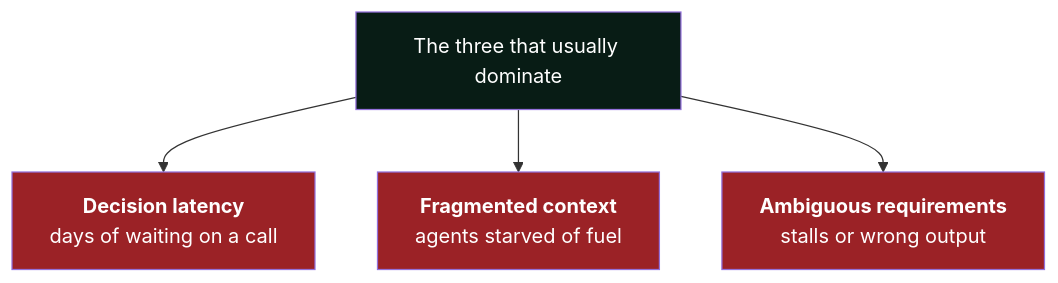
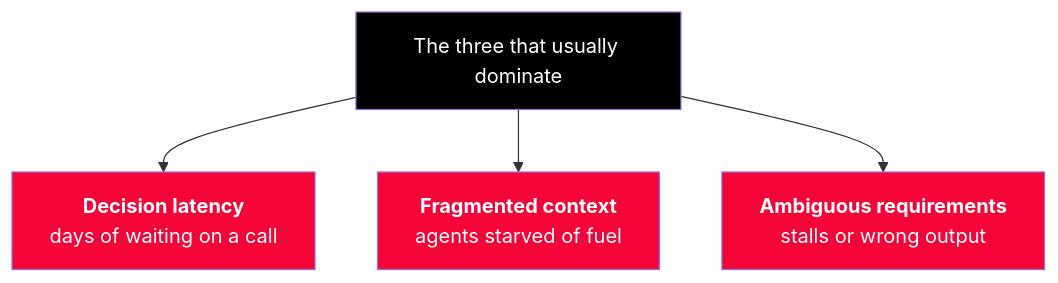
The third of 4 diagrams in docs/upstream-blockers.md (RED-Internal-Development/delivery-operating-model), drawn with Mermaid before and after one commit. The commit also changed other lines of this file, not shown here.

````diff
--- a/docs/upstream-blockers.md
+++ b/docs/upstream-blockers.md
@@ -170,12 +171,12 @@
 ```mermaid
 flowchart TB
     T["The three that usually dominate"]
     T --> A["<b>Decision latency</b><br/>days of waiting on a call"]
     T --> B["<b>Fragmented context</b><br/>agents starved of fuel"]
     T --> C["<b>Ambiguous requirements</b><br/>stalls or wrong output"]
 
-    style T fill:#081c15,color:#fff
-    style A fill:#9b2226,color:#fff
-    style B fill:#9b2226,color:#fff
-    style C fill:#9b2226,color:#fff
+    style T fill:#000000,color:#fff
+    style A fill:#F50537,color:#fff
+    style B fill:#F50537,color:#fff
+    style C fill:#F50537,color:#fff
 ```
````
